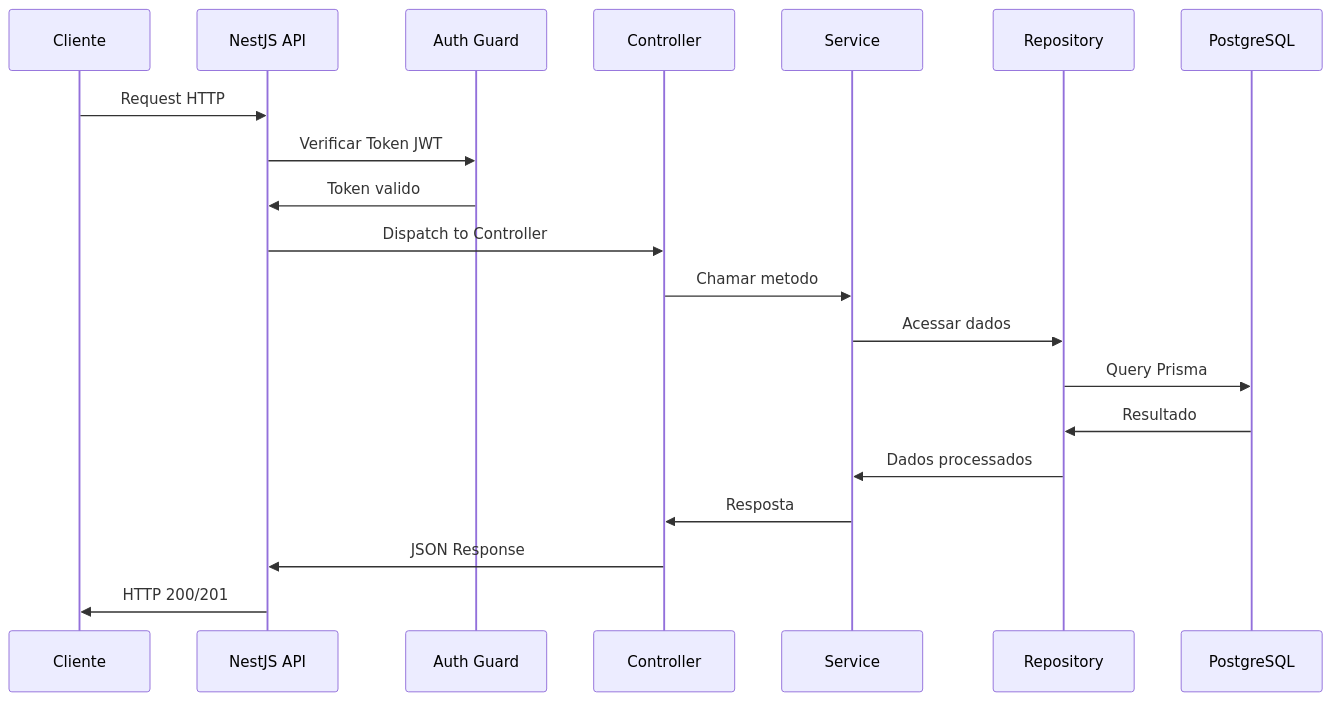
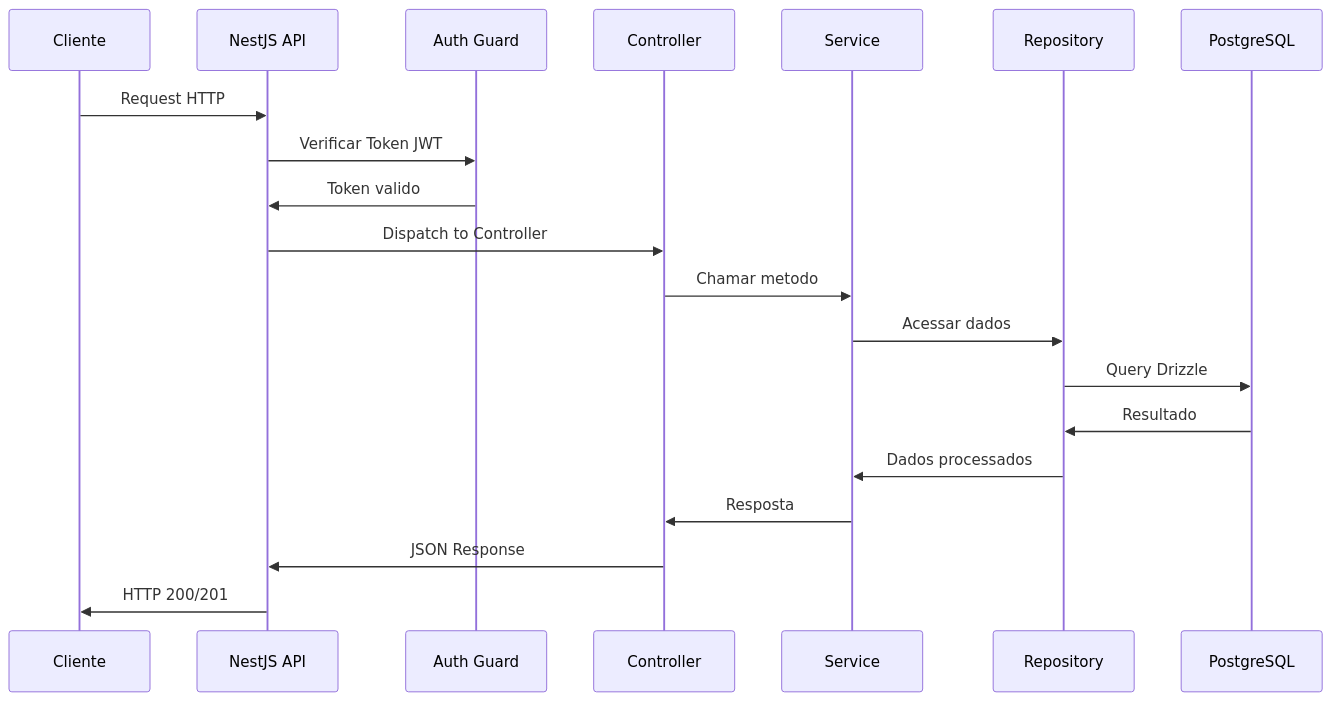
Before and after one commit to TROCA-AULA/troca-aula-backend: the fourth of 5 diagrams in docs/02-arquitetura-backend.md, drawn with Mermaid. The commit also changed other lines of this file and 9 other files, not shown here.

````diff
--- a/docs/02-arquitetura-backend.md
+++ b/docs/02-arquitetura-backend.md
@@ -162,23 +169,23 @@
 ```mermaid
 sequenceDiagram
     participant User as Cliente
     participant API as NestJS API
     participant Guard as Auth Guard
     participant Ctrl as Controller
     participant Svc as Service
     participant Repo as Repository
     participant DB as PostgreSQL
 
     User->>API: Request HTTP
     API->>Guard: Verificar Token JWT
     Guard->>API: Token valido
     API->>Ctrl: Dispatch to Controller
     Ctrl->>Svc: Chamar metodo
     Svc->>Repo: Acessar dados
-    Repo->>DB: Query Prisma
+    Repo->>DB: Query Drizzle
     DB->>Repo: Resultado
     Repo->>Svc: Dados processados
     Svc->>Ctrl: Resposta
     Ctrl->>API: JSON Response
     API->>User: HTTP 200/201
 ```
````
